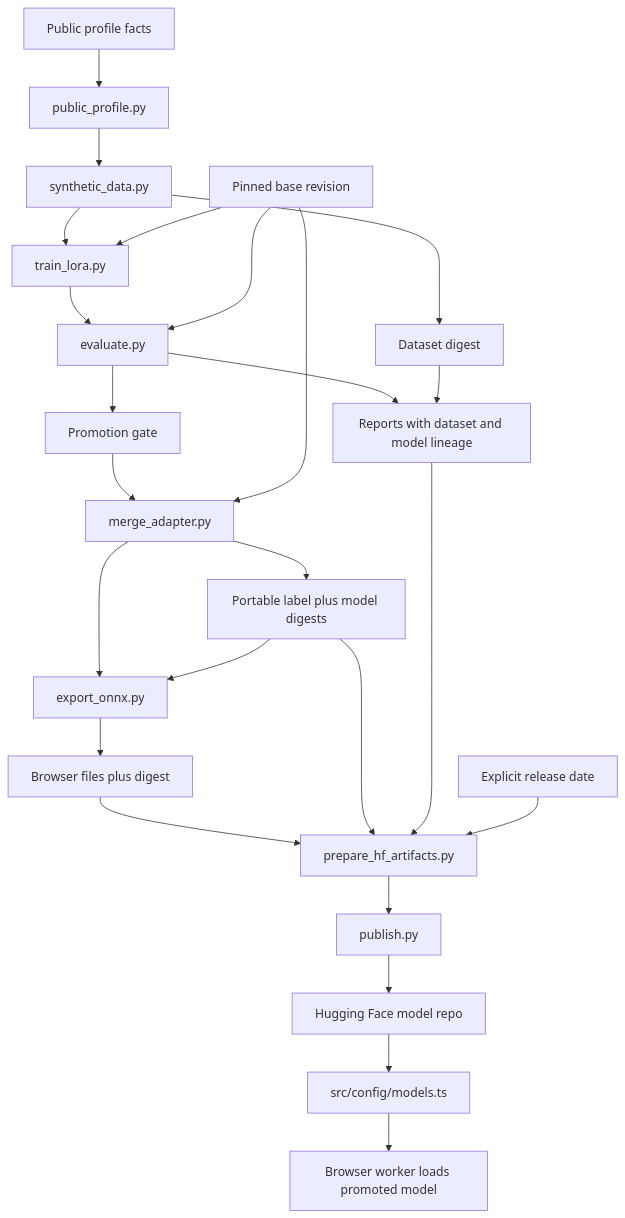
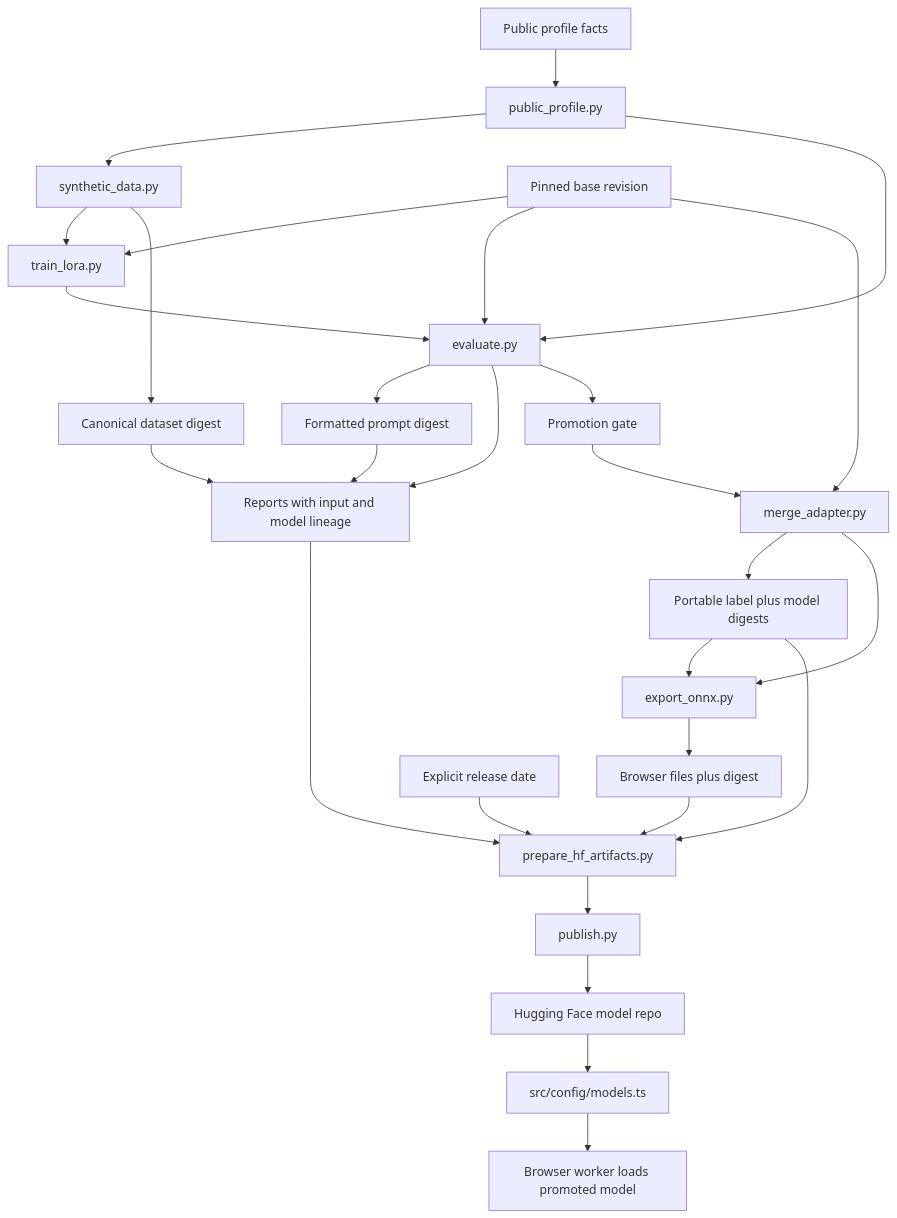
Before and after one commit to justinthelaw/justinthelaw: the fourth of 4 diagrams in docs/DIAGRAMS.md, drawn with Mermaid. The commit also changed other lines of this file and 8 other files, not shown here.

````diff
--- a/docs/DIAGRAMS.md
+++ b/docs/DIAGRAMS.md
@@ -100,27 +100,30 @@
 ```mermaid
 flowchart TD
   facts["Public profile facts"] --> pyProfile["public_profile.py"]
   pyProfile --> data["synthetic_data.py"]
+  pyProfile --> eval
   data --> train["train_lora.py"]
   train --> eval["evaluate.py"]
-  data --> datasetDigest["Dataset digest"]
-  eval --> reports["Reports with dataset and model lineage"]
+  data --> datasetDigest["Canonical dataset digest"]
+  eval --> promptDigest["Formatted prompt digest"]
+  eval --> reports["Reports with input and model lineage"]
   datasetDigest --> reports
+  promptDigest --> reports
   eval --> gate["Promotion gate"]
   gate --> merge["merge_adapter.py"]
   baseRevision["Pinned base revision"] --> train
   baseRevision --> eval
   baseRevision --> merge
   merge --> lineage["Portable label plus model digests"]
   merge --> export["export_onnx.py"]
   lineage --> export
   export --> browserArtifact["Browser files plus digest"]
   browserArtifact --> artifacts["prepare_hf_artifacts.py"]
   lineage --> artifacts
   reports --> artifacts
   releaseDate["Explicit release date"] --> artifacts
   artifacts --> publish["publish.py"]
   publish --> hfRepo["Hugging Face model repo"]
   hfRepo --> modelConfig["src/config/models.ts"]
   modelConfig --> browser["Browser worker loads promoted model"]
 ```
````
